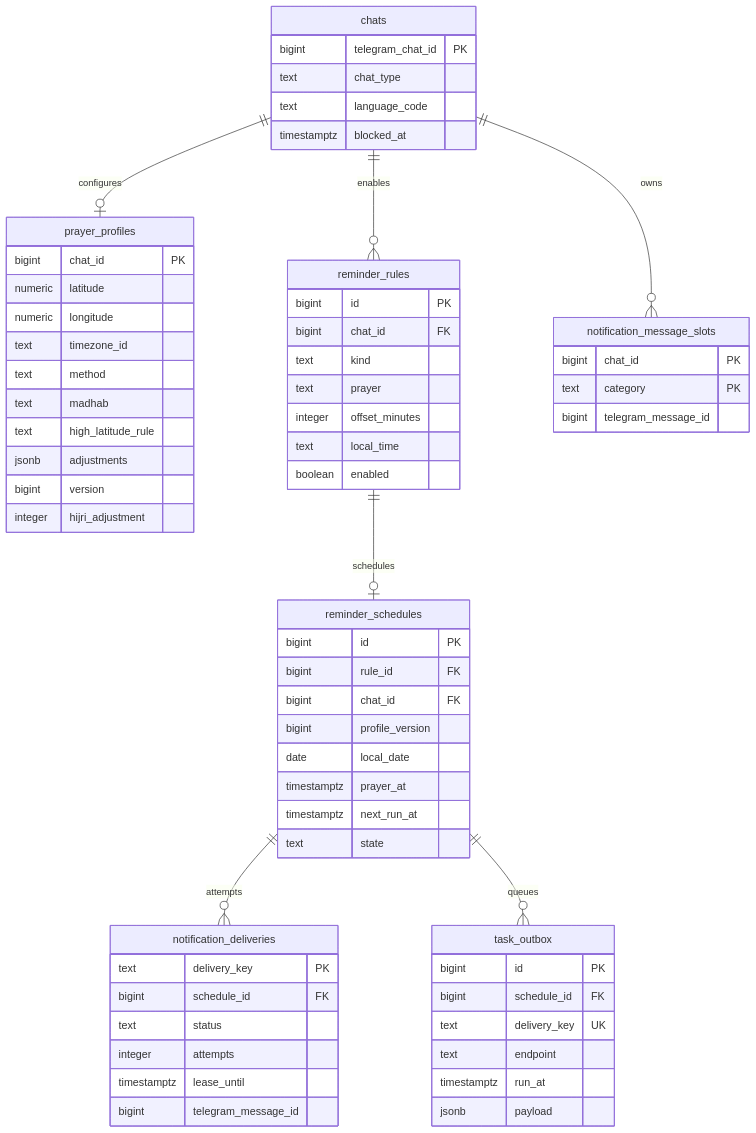
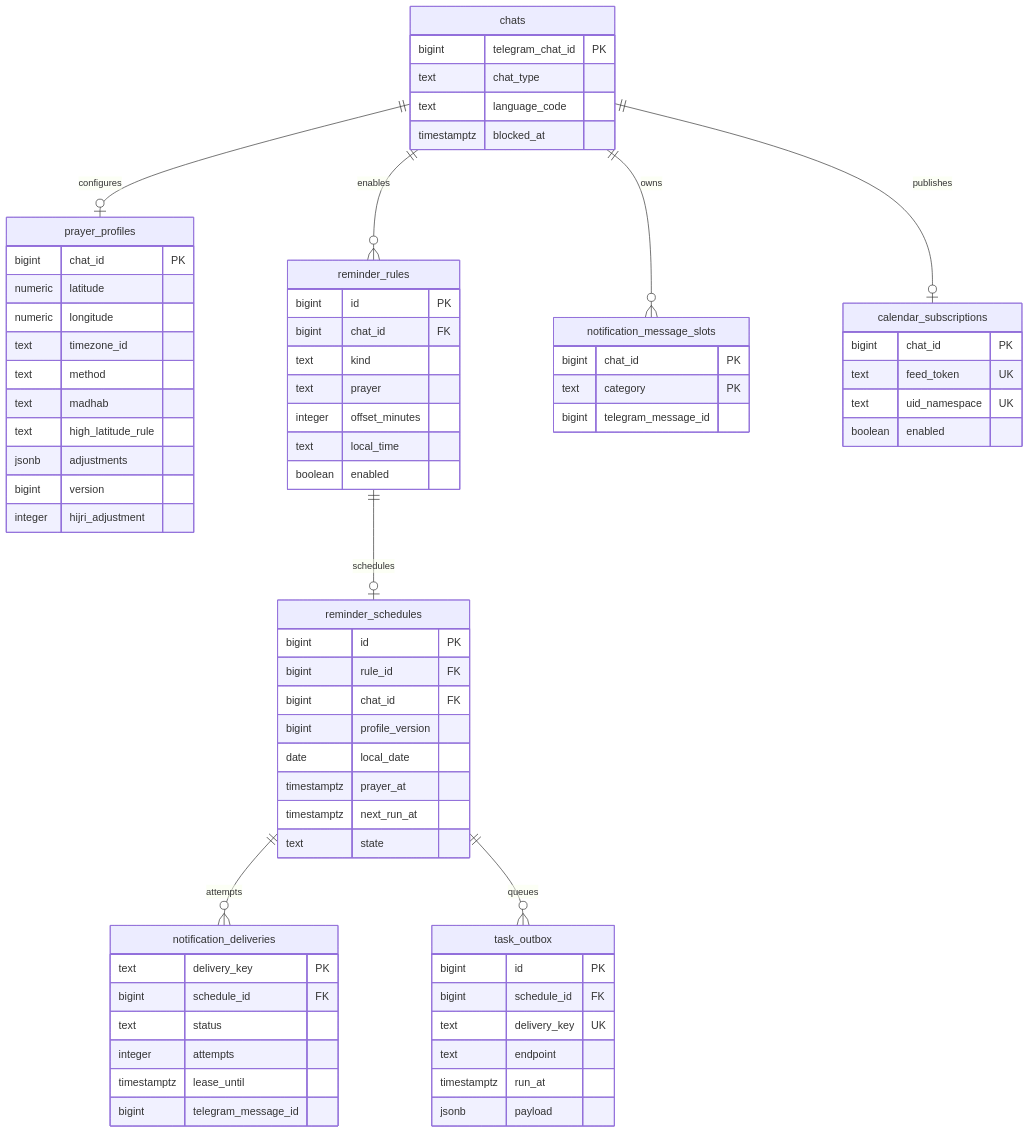
The diagram in global/docs/data-model.md (escalopa/prayer-bot), drawn with Mermaid before and after one commit. The commit also changed other lines of this file and 17 other files, not shown here.

Commit message:
Add rolling Google Calendar subscriptions

````diff
--- a/global/docs/data-model.md
+++ b/global/docs/data-model.md
@@ -14,68 +14,75 @@
 ```mermaid
 erDiagram
     chats ||--o| prayer_profiles : configures
     chats ||--o{ reminder_rules : enables
     reminder_rules ||--o| reminder_schedules : schedules
     reminder_schedules ||--o{ notification_deliveries : attempts
     reminder_schedules ||--o{ task_outbox : queues
     chats ||--o{ notification_message_slots : owns
+    chats ||--o| calendar_subscriptions : publishes
 
     chats {
         bigint telegram_chat_id PK
         text chat_type
         text language_code
         timestamptz blocked_at
     }
     prayer_profiles {
         bigint chat_id PK
         numeric latitude
         numeric longitude
         text timezone_id
         text method
         text madhab
         text high_latitude_rule
         jsonb adjustments
         bigint version
         integer hijri_adjustment
     }
     reminder_rules {
         bigint id PK
         bigint chat_id FK
         text kind
         text prayer
         integer offset_minutes
         text local_time
         boolean enabled
     }
     reminder_schedules {
         bigint id PK
         bigint rule_id FK
         bigint chat_id FK
         bigint profile_version
         date local_date
         timestamptz prayer_at
         timestamptz next_run_at
         text state
     }
     notification_deliveries {
         text delivery_key PK
         bigint schedule_id FK
         text status
         integer attempts
         timestamptz lease_until
         bigint telegram_message_id
     }
     task_outbox {
         bigint id PK
         bigint schedule_id FK
         text delivery_key UK
         text endpoint
         timestamptz run_at
         jsonb payload
     }
     notification_message_slots {
         bigint chat_id PK
         text category PK
         bigint telegram_message_id
     }
+    calendar_subscriptions {
+        bigint chat_id PK
+        text feed_token UK
+        text uid_namespace UK
+        boolean enabled
+    }
 ```
````
